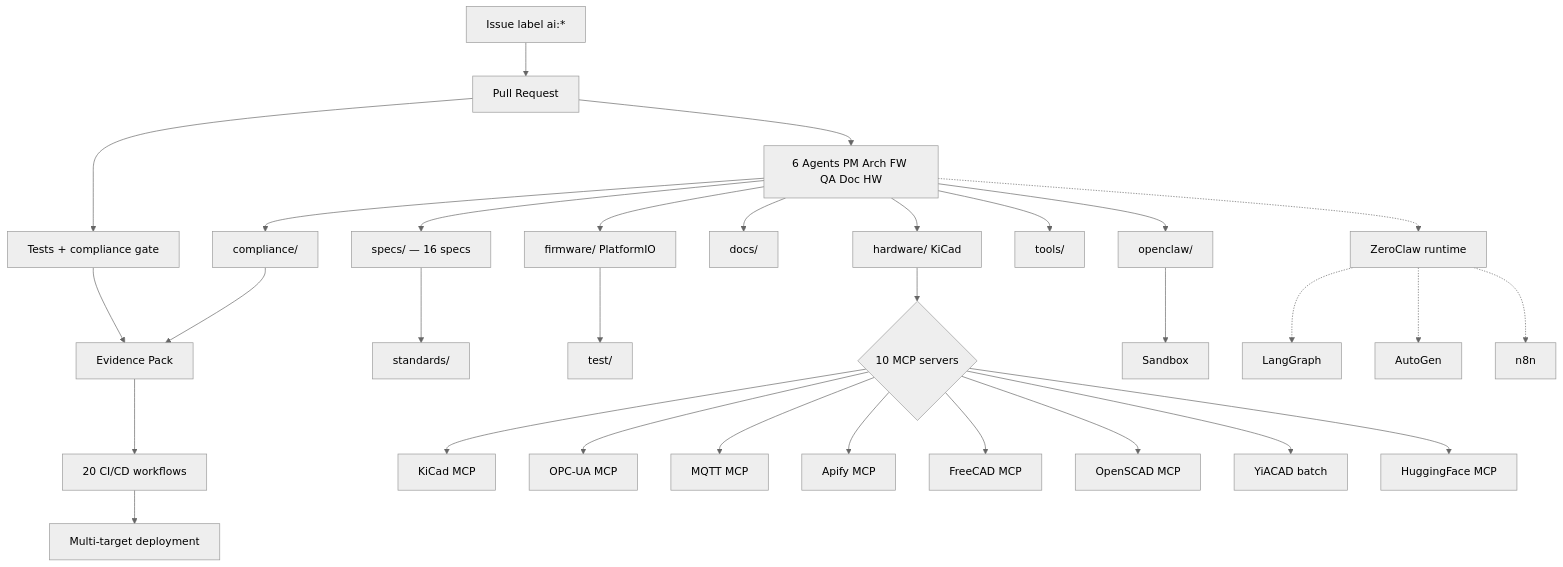
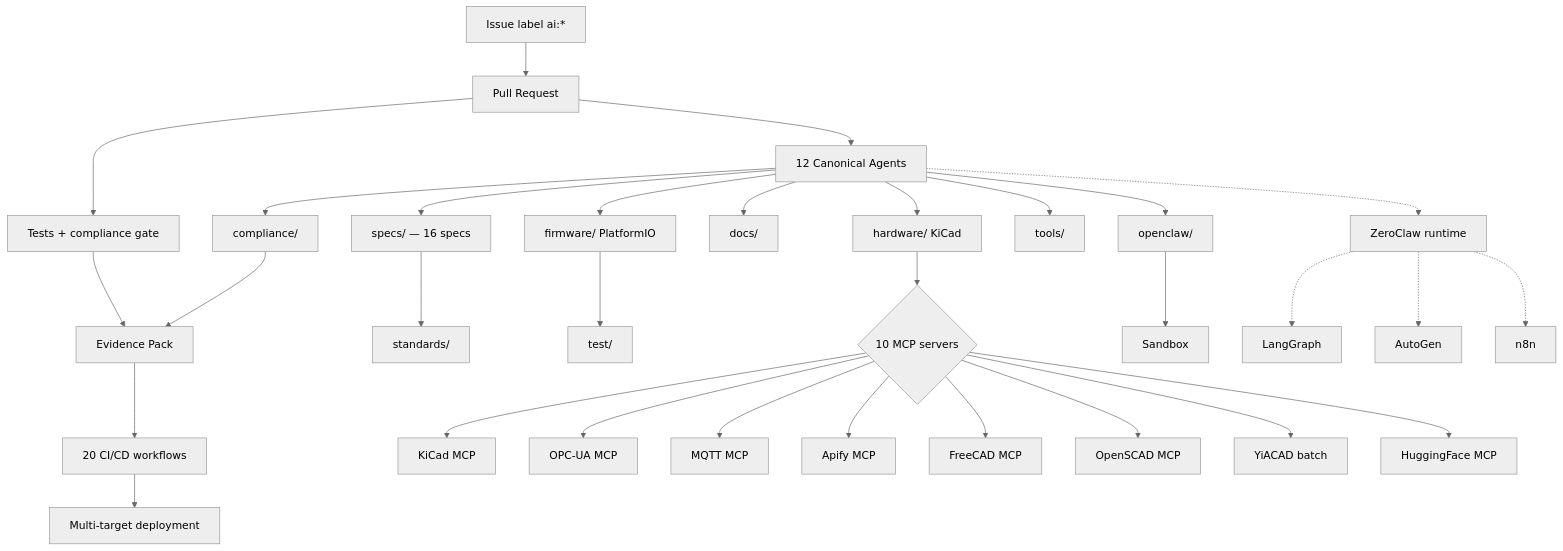
Before and after one commit to electron-rare/Kill_LIFE: the diagram in README.md, drawn with Mermaid (neutral theme). The commit also changed other lines of this file and 249 other files, not shown here.

````diff
--- a/README.md
+++ b/README.md
@@ -126,33 +126,33 @@
 ```mermaid
 flowchart TD
   Issue[Issue label ai:*] --> PR[Pull Request]
   PR --> Gate[Tests + compliance gate]
   Gate --> Evidence[Evidence Pack]
   Evidence --> CI[20 CI/CD workflows]
   CI --> Deploy[Multi-target deployment]
-  PR --> Agents[6 Agents PM Arch FW QA Doc HW]
+  PR --> Agents[12 Canonical Agents]
   Agents --> Specs[specs/ — 16 specs]
   Agents --> Firmware[firmware/ PlatformIO]
   Agents --> Hardware[hardware/ KiCad]
   Agents --> Docs[docs/]
   Agents --> Compliance[compliance/]
   Agents --> Tools[tools/]
   Agents --> OpenClaw[openclaw/]
   Specs --> Standards[standards/]
   Firmware --> Tests[test/]
   Hardware --> MCP{10 MCP servers}
   MCP --> KiCad[KiCad MCP]
   MCP --> OPC[OPC-UA MCP]
   MCP --> MQTT[MQTT MCP]
   MCP --> Apify[Apify MCP]
   MCP --> FreeCAD[FreeCAD MCP]
   MCP --> OpenSCAD[OpenSCAD MCP]
   MCP --> YiACAD[YiACAD batch]
   MCP --> HF[HuggingFace MCP]
   Compliance --> Evidence
   OpenClaw --> Sandbox[Sandbox]
   Agents -.-> ZeroClaw[ZeroClaw runtime]
   ZeroClaw -.-> LangGraph[LangGraph]
   ZeroClaw -.-> AutoGen[AutoGen]
   ZeroClaw -.-> N8N[n8n]
 ```
````
